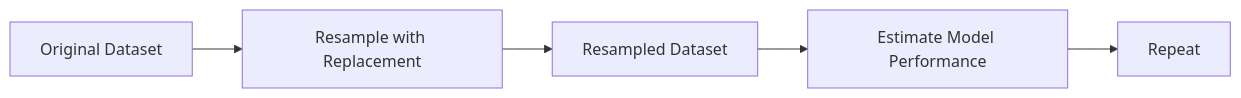
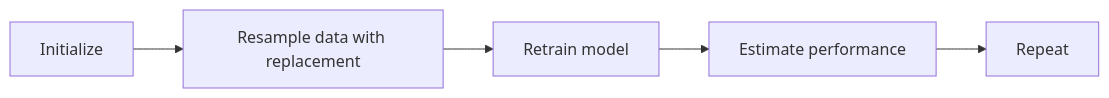
The first of 2 diagrams in topics/computing/ai/foundations_of_ml/04_model_evaluation_and_cross_validation/lesson_04_advanced_evaluation_strategies.md (blebleblee/synapse), drawn with Mermaid before and after one commit. The commit also changed other lines of this file and 4 other files, not shown here.

````diff
--- a/topics/computing/ai/foundations_of_ml/04_model_evaluation_and_cross_validation/lesson_04_advanced_evaluation_strategies.md
+++ b/topics/computing/ai/foundations_of_ml/04_model_evaluation_and_cross_validation/lesson_04_advanced_evaluation_strategies.md
@@ -21,7 +15,7 @@
 ```mermaid
 graph LR
-    A[Original Dataset] --> B[Resample with Replacement]
-    B --> C[Resampled Dataset]
-    C --> D[Estimate Model Performance]
+    A[Initialize] --> B[Resample data with replacement]
+    B --> C[Retrain model]
+    C --> D[Estimate performance]
     D --> E[Repeat]
 ```
````
